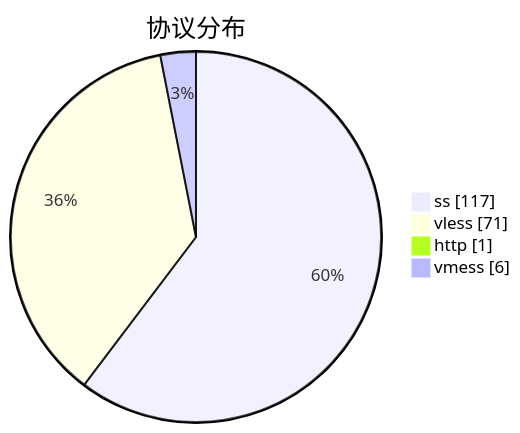
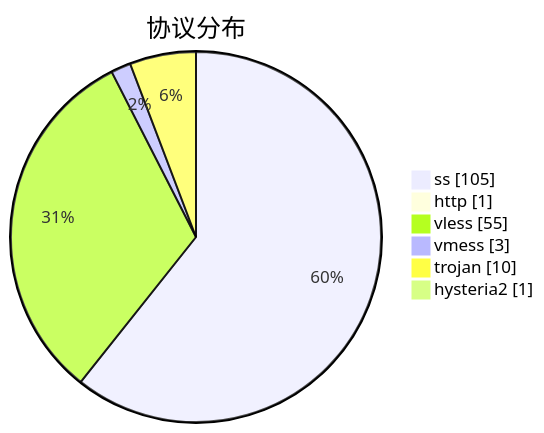
One commit to qjlxg/airport changed the third of 3 diagrams in subs/statistics/tested_within.md. Above: the diagram before and after it, drawn with Mermaid. The commit also changed other lines of this file and 2 other files, not shown here.

````diff
--- a/subs/statistics/tested_within.md
+++ b/subs/statistics/tested_within.md
@@ -25,8 +28,10 @@
 ```mermaid
 pie showData
 title 协议分布
-"ss" : 117
-"vless" : 71
+"ss" : 105
 "http" : 1
-"vmess" : 6
+"vless" : 55
+"vmess" : 3
+"trojan" : 10
+"hysteria2" : 1
 ```
````
